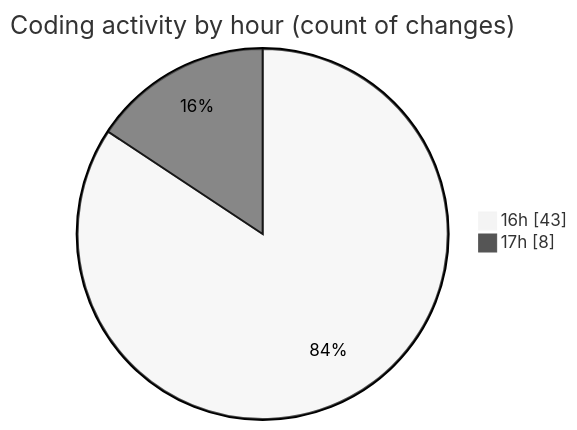
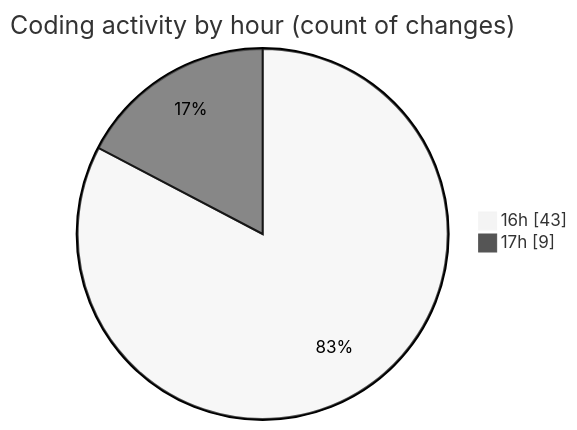
One commit to momahboobian/code-tracking changed the second of 2 diagrams in 2026-11-13/broadcaster-v6-feature/README.md. Above: the diagram before and after it, drawn with Mermaid (neutral theme). The commit also changed other lines of this file and 1 other file, not shown here.

````diff
--- a/2026-11-13/broadcaster-v6-feature/README.md
+++ b/2026-11-13/broadcaster-v6-feature/README.md
@@ -43,6 +43,6 @@
 ```mermaid
 pie showData
 title Coding activity by hour (count of changes)
 "16h" : 43
-"17h" : 8
+"17h" : 9
 ```
````
